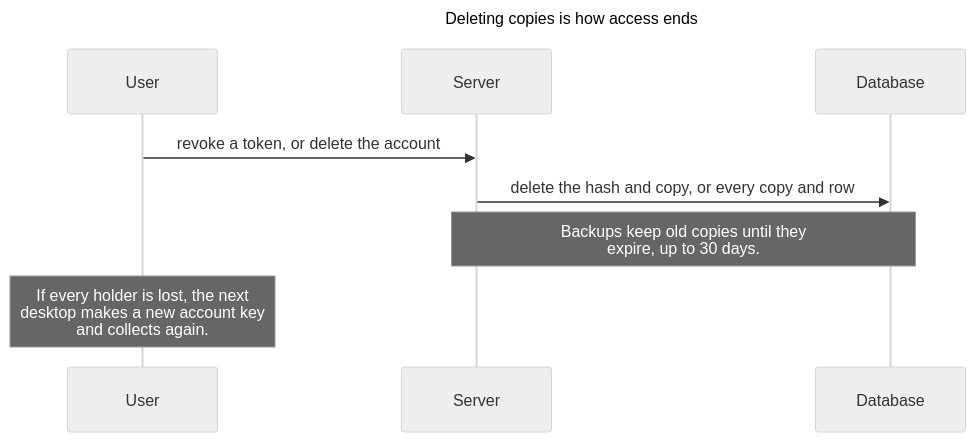
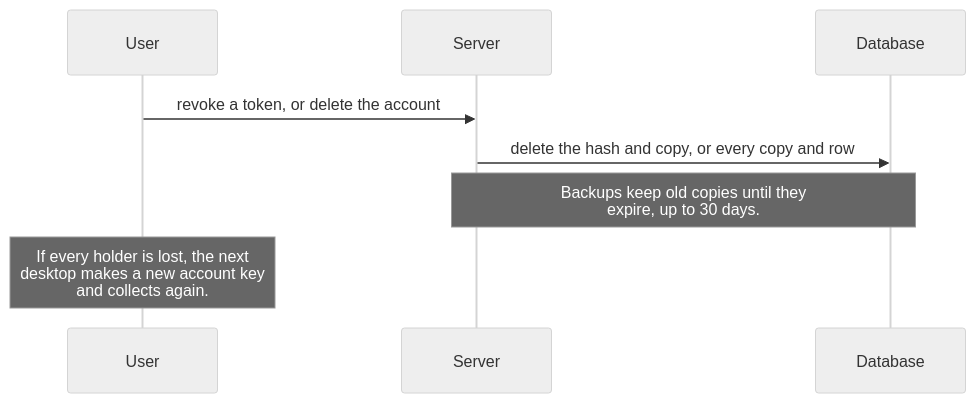
One commit to ajs-consult-llc/mirror-encryption-rfc changed the diagram in diagrams/delete-4-parties.mmd. Above: the diagram before and after it, drawn with Mermaid (neutral theme). The commit also changed 40 other files, not shown here.

First line of the commit message:
Diagrams: the doc's own pictures, with the Mermaid in an appendix

```diff
--- a/diagrams/delete-4-parties.mmd
+++ b/diagrams/delete-4-parties.mmd
@@ -1,13 +1,10 @@
----
-title: "Deleting copies is how access ends"
----
 sequenceDiagram
   accTitle: Deleting copies is how access ends
   accDescr: Delete. The user revokes a token, or deletes the account. The server deletes that token's hash and copy, or every copy and row. Backups keep old copies until they expire, up to 30 days. If every holder is lost, the next desktop makes a new account key and collects again.
   participant U as User
   participant S as Server
   participant DB as Database
   U->>S: revoke a token, or delete the account
   S->>DB: delete the hash and copy, or every copy and row
   Note over S,DB: Backups keep old copies until they<br/>expire, up to 30 days.
   Note over U: If every holder is lost, the next<br/>desktop makes a new account key<br/>and collects again.
```
